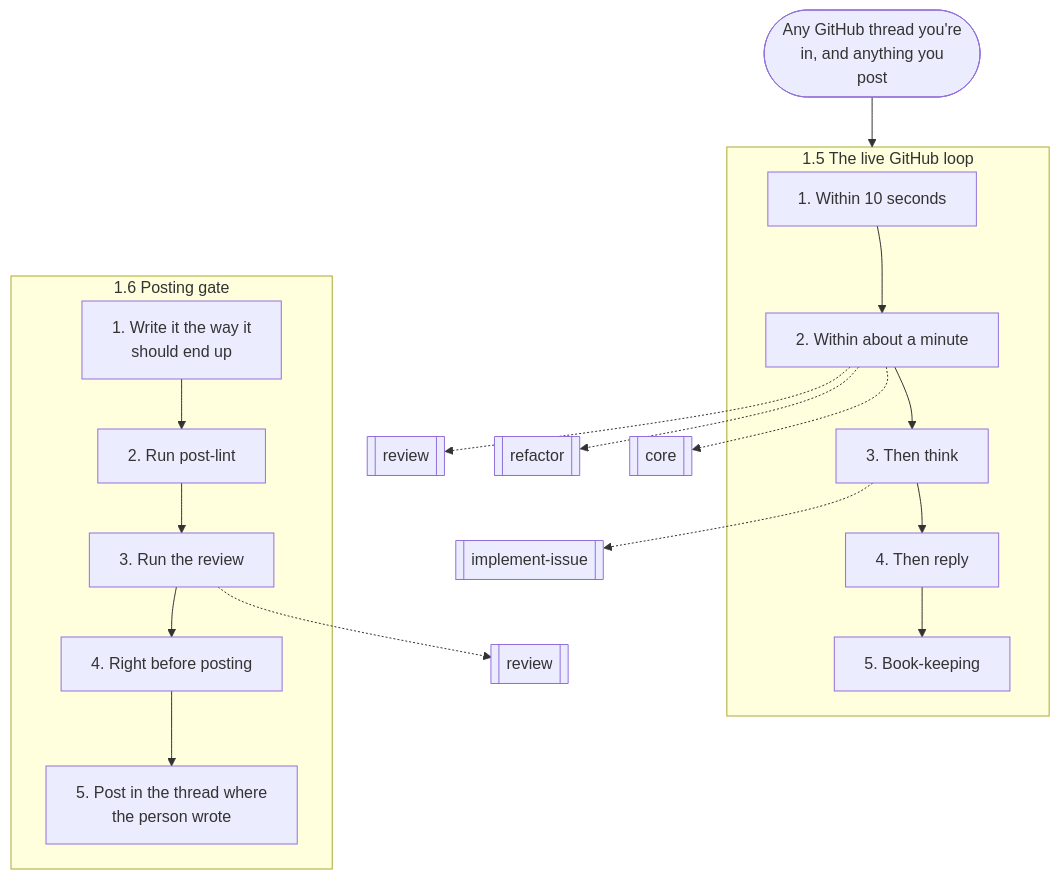
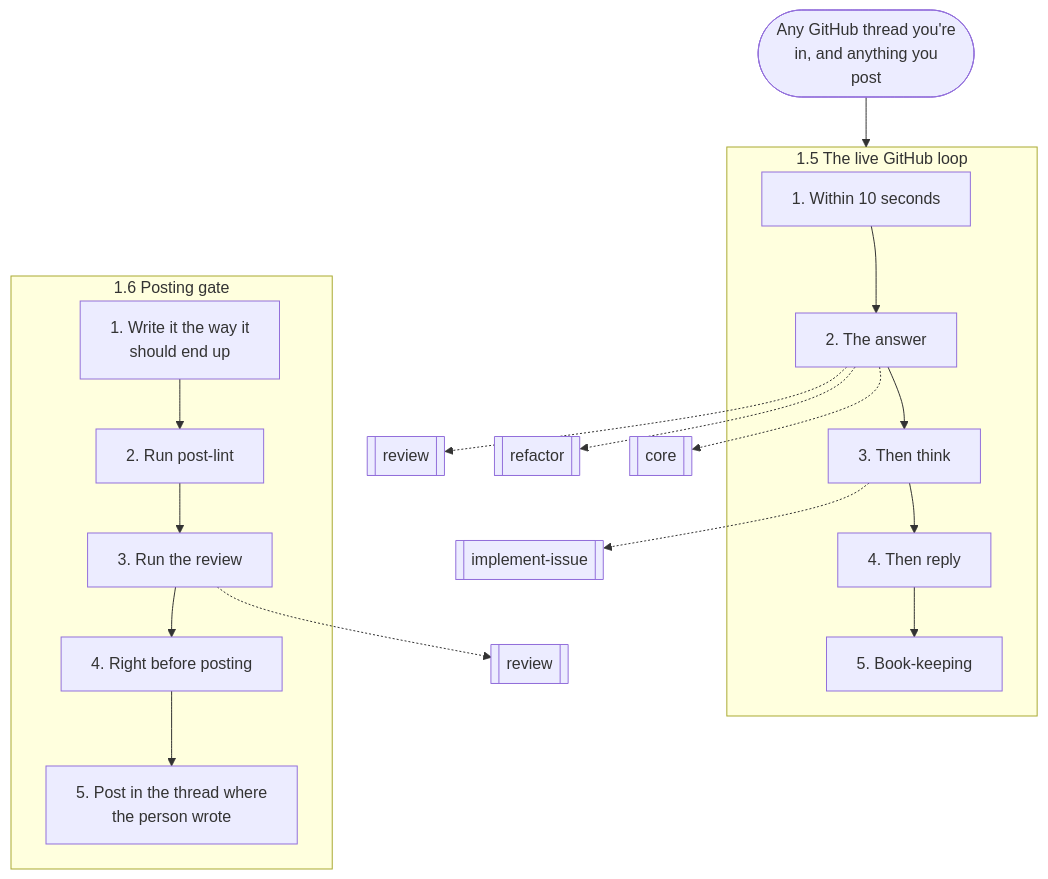
The third of 14 diagrams in docs/graphs.md (nitedani/mergeworthy), drawn with Mermaid before and after one commit. The commit also changed other lines of this file and 12 other files, not shown here.

````diff
--- a/docs/graphs.md
+++ b/docs/graphs.md
@@ -98,33 +98,33 @@
 ```mermaid
 flowchart TB
   start(["Any GitHub thread you're<br/>in, and anything you<br/>post"])
   subgraph g0["1.5 The live GitHub loop"]
     s0["1. Within 10 seconds"]
-    s1["2. Within about a minute"]
+    s1["2. The answer"]
     s0 --> s1
     s2["3. Then think"]
     s1 --> s2
     s3["4. Then reply"]
     s2 --> s3
     s4["5. Book-keeping"]
     s3 --> s4
   end
   s1 -.-> r1[["review"]]
   s1 -.-> r2[["refactor"]]
   s1 -.-> r3[["core"]]
   s2 -.-> r4[["implement-issue"]]
   subgraph g1["1.6 Posting gate"]
     s5["1. Write it the way it<br/>should end up"]
     s6["2. Run post-lint"]
     s5 --> s6
     s7["3. Run the review"]
     s6 --> s7
     s8["4. Right before posting"]
     s7 --> s8
     s9["5. Post in the thread where<br/>the person wrote"]
     s8 --> s9
   end
   s7 -.-> r5[["review"]]
   start --> g0
   g0 ~~~ g1
 ```
````
